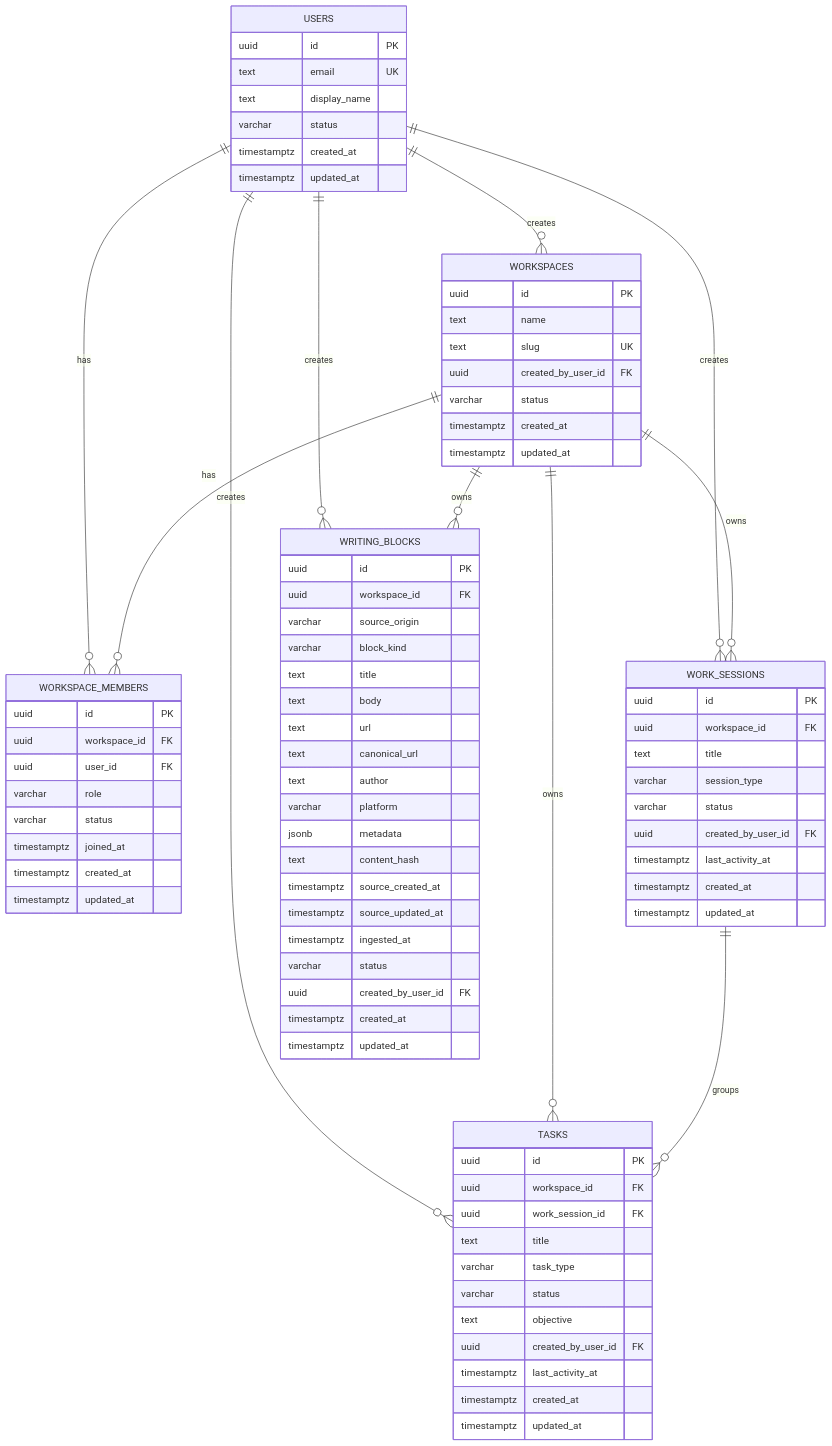
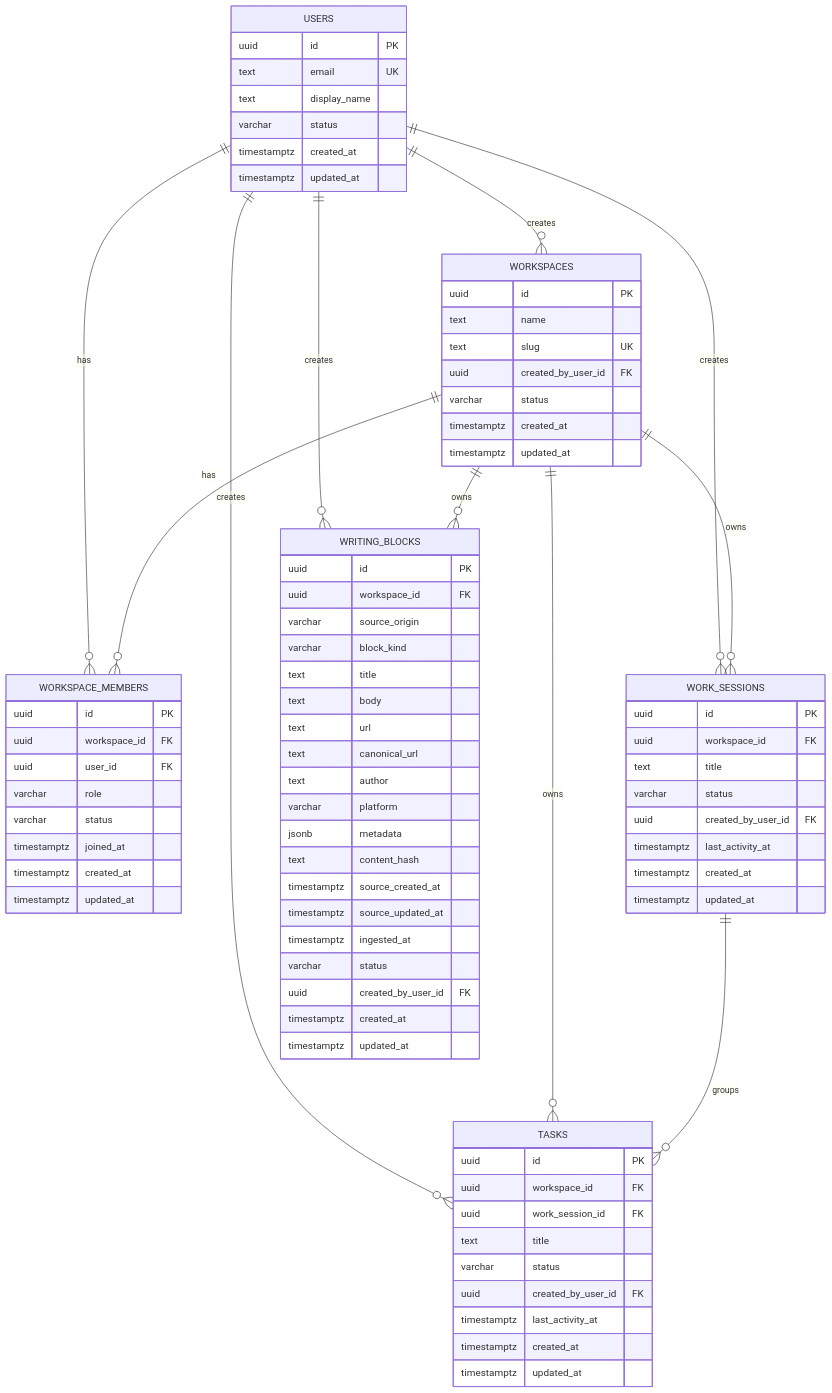
One commit to plot-labs/plot changed the second of 2 diagrams in docs/specs/2026-07-04-api-domain-foundation-design.md. Above: the diagram before and after it, drawn with Mermaid. The commit also changed other lines of this file and 2 other files, not shown here.

Commit message:
docs: remove generic session and task fields

```diff
--- a/docs/specs/2026-07-04-api-domain-foundation-design.md
+++ b/docs/specs/2026-07-04-api-domain-foundation-design.md
@@ -261,7 +258,6 @@
         uuid id PK
         uuid workspace_id FK
         text title
-        varchar session_type
         varchar status
         uuid created_by_user_id FK
         timestamptz last_activity_at
@@ -274,9 +270,7 @@
         uuid workspace_id FK
         uuid work_session_id FK
         text title
-        varchar task_type
         varchar status
-        text objective
         uuid created_by_user_id FK
         timestamptz last_activity_at
         timestamptz created_at
```
